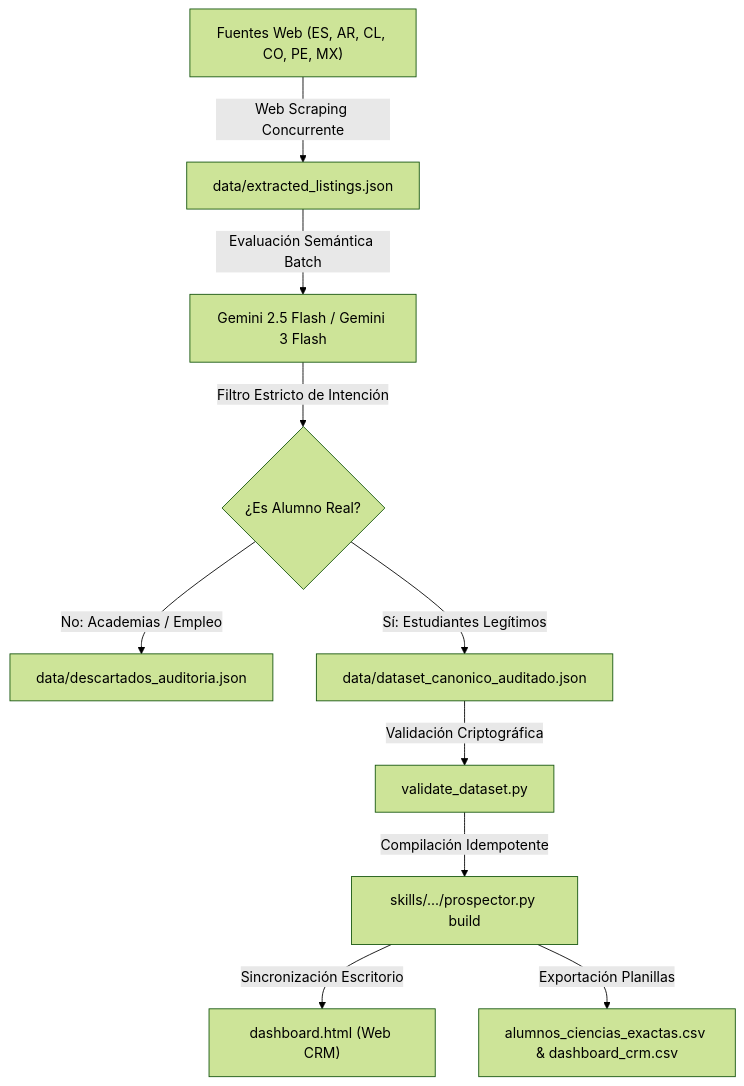
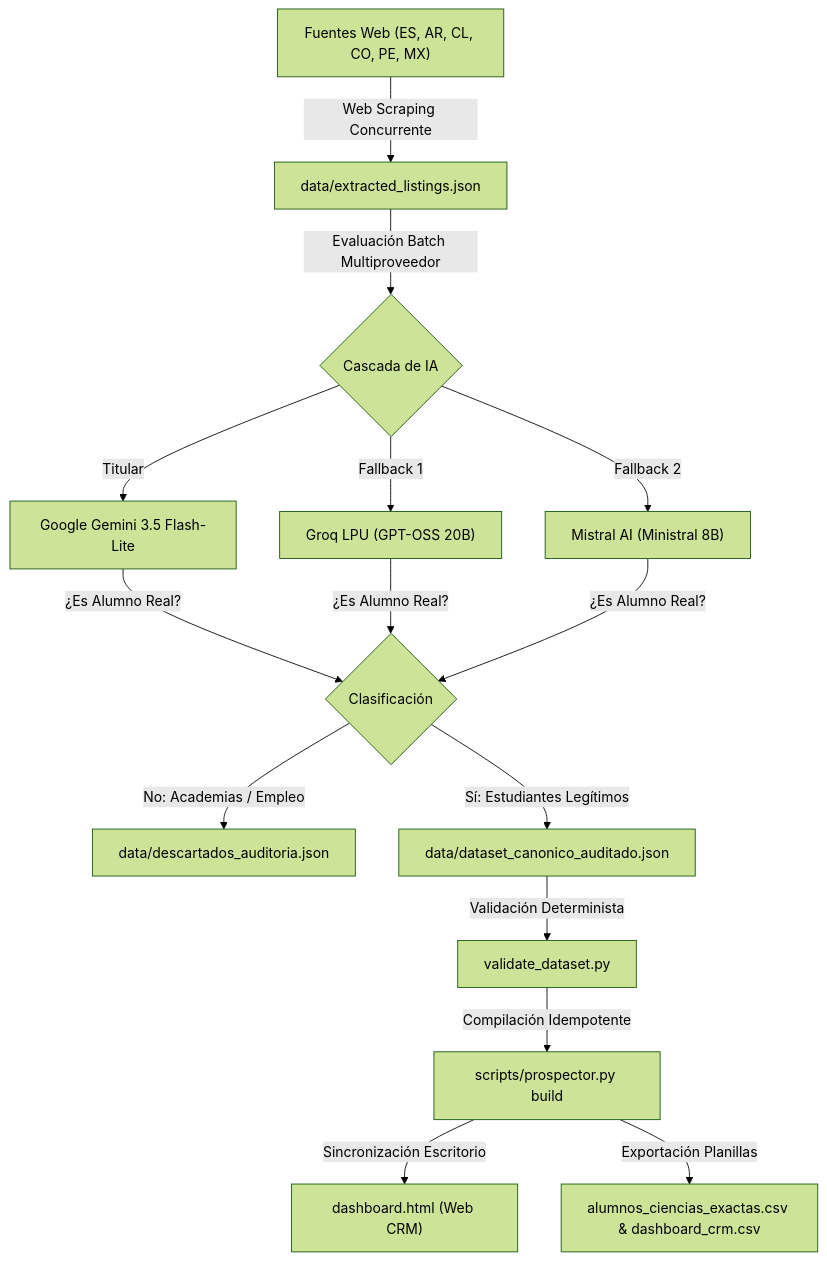
One commit to metecondrie/prospeccion-alumnos-ciencias changed the diagram in README.md. Above: the diagram before and after it, drawn with Mermaid (forest theme). The commit also changed other lines of this file and 1 other file, not shown here.

Commit message:
docs: actualizar README con arquitectura multiproveedor y sincronizar scripts/prospector.py

````diff
--- a/README.md
+++ b/README.md
@@ -42,12 +45,17 @@
 ```mermaid
 flowchart TD
     A["Fuentes Web (ES, AR, CL, CO, PE, MX)"] -->|Web Scraping Concurrente| B["data/extracted_listings.json"]
-    B -->|Evaluación Semántica Batch| C["Gemini 2.5 Flash / Gemini 3 Flash"]
-    C -->|Filtro Estricto de Intención| D{"¿Es Alumno Real?"}
-    D -->|No: Academias / Empleo| E["data/descartados_auditoria.json"]
-    D -->|Sí: Estudiantes Legítimos| F["data/dataset_canonico_auditado.json"]
-    F -->|Validación Criptográfica| G["validate_dataset.py"]
-    G -->|Compilación Idempotente| H["skills/.../prospector.py build"]
-    H -->|Sincronización Escritorio| I["dashboard.html (Web CRM)"]
-    H -->|Exportación Planillas| J["alumnos_ciencias_exactas.csv & dashboard_crm.csv"]
+    B -->|Evaluación Batch Multiproveedor| C{"Cascada de IA"}
+    C -->|Titular| D["Google Gemini 3.5 Flash-Lite"]
+    C -->|Fallback 1| E["Groq LPU (GPT-OSS 20B)"]
+    C -->|Fallback 2| F["Mistral AI (Ministral 8B)"]
+    D -->|¿Es Alumno Real?| G{"Clasificación"}
+    E -->|¿Es Alumno Real?| G
+    F -->|¿Es Alumno Real?| G
+    G -->|No: Academias / Empleo| H["data/descartados_auditoria.json"]
+    G -->|Sí: Estudiantes Legítimos| I["data/dataset_canonico_auditado.json"]
+    I -->|Validación Determinista| J["validate_dataset.py"]
+    J -->|Compilación Idempotente| K["scripts/prospector.py build"]
+    K -->|Sincronización Escritorio| L["dashboard.html (Web CRM)"]
+    K -->|Exportación Planillas| M["alumnos_ciencias_exactas.csv & dashboard_crm.csv"]
 ```
````
